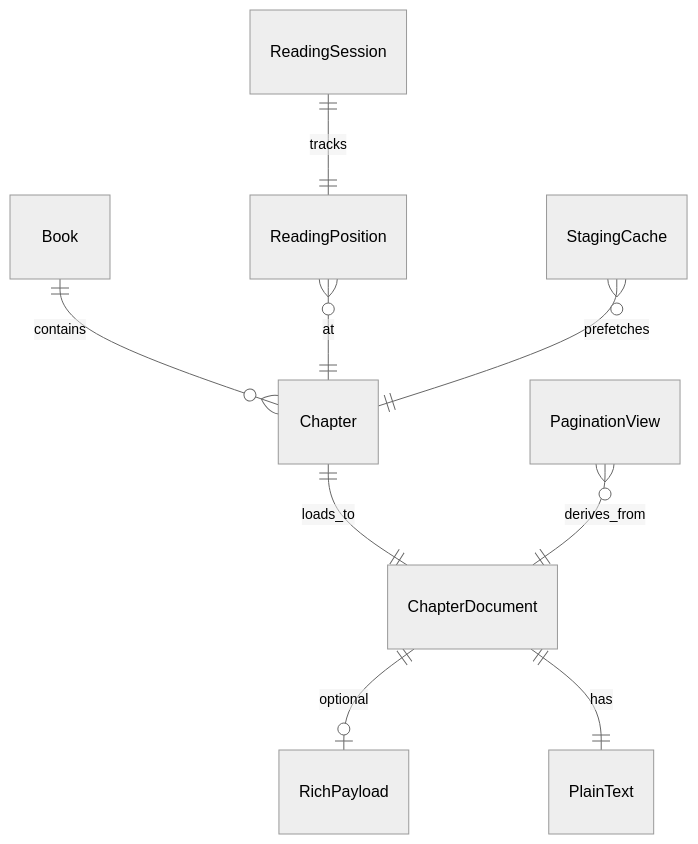
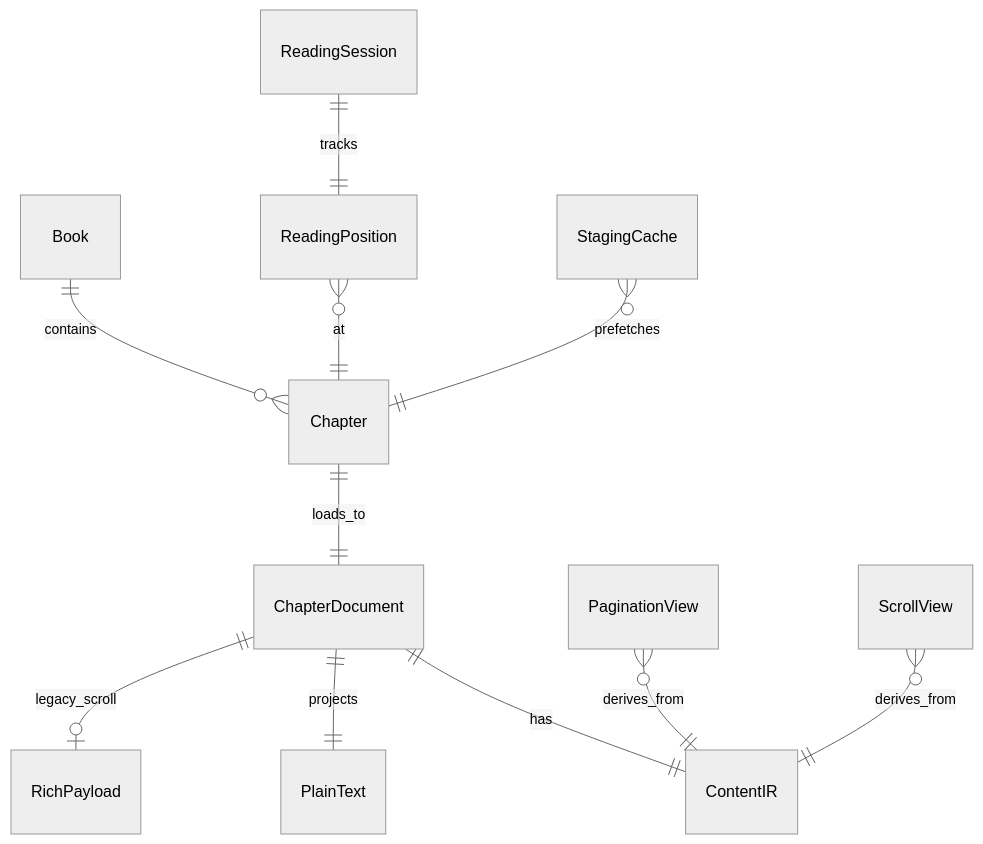
One commit to zephyr-qu/zephyr_reader changed the diagram in discuss/DOMAIN_MODEL.md. Above: the diagram before and after it, drawn with Mermaid (neutral theme). The commit also changed other lines of this file and 28 other files, not shown here.

````diff
--- a/discuss/DOMAIN_MODEL.md
+++ b/discuss/DOMAIN_MODEL.md
@@ -10,11 +10,13 @@
 ```mermaid
 erDiagram
     Book ||--o{ Chapter : contains
     Chapter ||--|| ChapterDocument : loads_to
-    ChapterDocument ||--o| RichPayload : optional
-    ChapterDocument ||--|| PlainText : has
+    ChapterDocument ||--|| ContentIR : has
+    ChapterDocument ||--|| PlainText : projects
+    ChapterDocument ||--o| RichPayload : legacy_scroll
     ReadingSession ||--|| ReadingPosition : tracks
     ReadingPosition }o--|| Chapter : at
-    PaginationView }o--|| ChapterDocument : derives_from
+    PaginationView }o--|| ContentIR : derives_from
+    ScrollView }o--|| ContentIR : derives_from
     StagingCache }o--|| Chapter : prefetches
 ```
````
